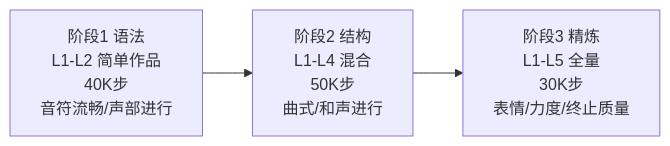
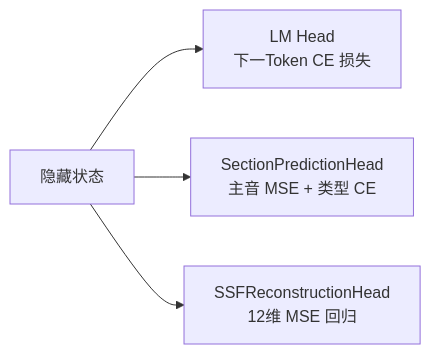
Diagram 12 of 12 in README.md (Derancarls/Chopinote-AI), drawn with Mermaid before and after one commit. The commit also changed other lines of this file, not shown here.

Commit message:
v0.3.3-pre2: fix Mermaid syntax, remove LMDB/data-pipeline from README

````diff
--- a/README.md
+++ b/README.md
@@ -710,5 +589,6 @@
 ```mermaid
 flowchart LR
-    P1["阶段1 语法<br/>L1-L2 简单作品<br/>40K步<br/>音符流畅/声部进行"] --> P2["阶段2 结构<br/>L1-L4 混合<br/>50K步<br/>曲式/和声进行"]
-    P2 --> P3["阶段3 精炼<br/>L1-L5 全量<br/>30K步<br/>表情/力度/终止质量"]
+    HIDDEN["隐藏状态"] --> LM["LM Head<br/>下一Token CE 损失"]
+    HIDDEN --> SEC["SectionPredictionHead<br/>主音 MSE + 类型 CE"]
+    HIDDEN --> SSF["SSFReconstructionHead<br/>12维 MSE 回归"]
 ```
````
